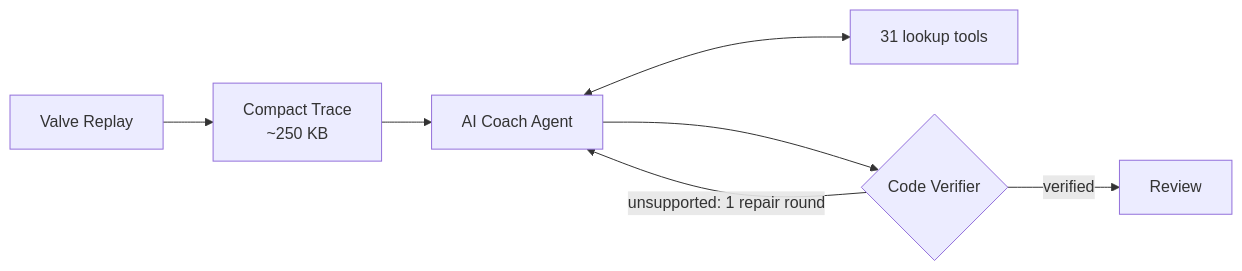
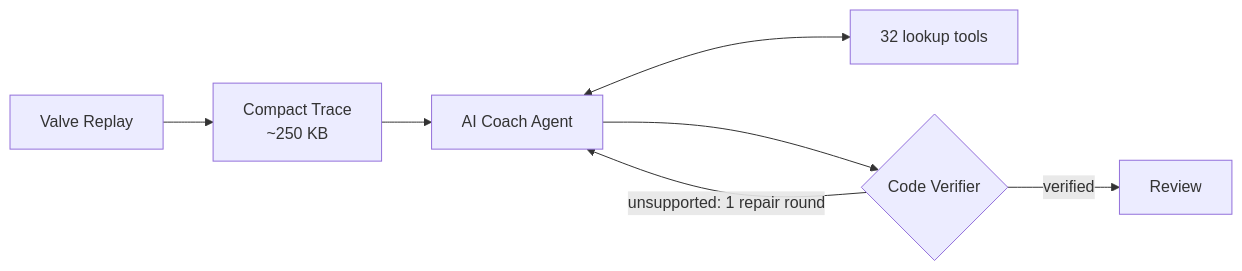
The diagram in README.md (qianhaoq/dota2.ai), drawn with Mermaid before and after one commit. The commit also changed other lines of this file and 12 other files, not shown here.

````diff
--- a/README.md
+++ b/README.md
@@ -152,9 +152,9 @@
 ```mermaid
 flowchart LR
     R["Valve Replay"] --> T["Compact Trace<br/>~250 KB"]
     T --> A["AI Coach Agent"]
-    A <--> L["31 lookup tools"]
+    A <--> L["32 lookup tools"]
     A --> V{"Code Verifier"}
     V -- "unsupported: 1 repair round" --> A
     V -- "verified" --> D["Review"]
 ```
````
